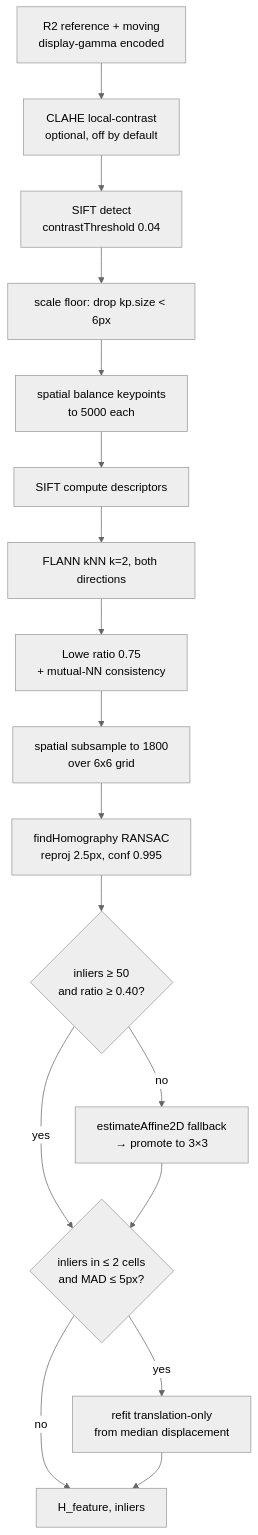
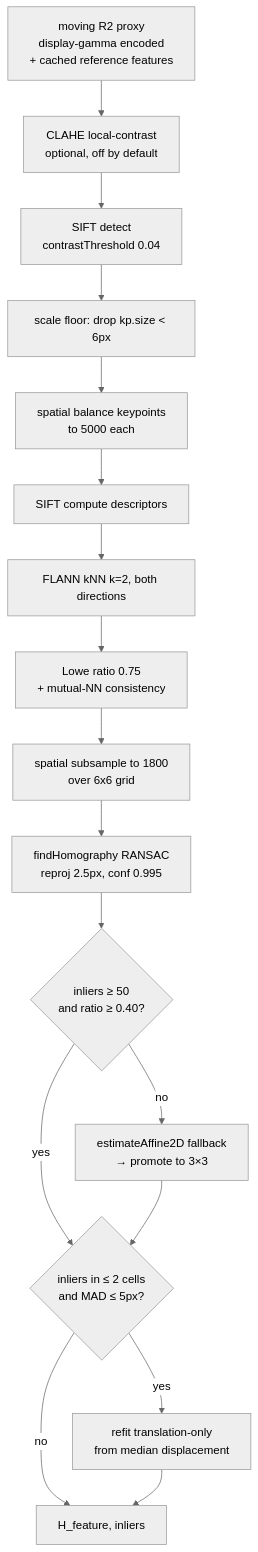
Before and after one commit to darktable-org/darktable: the fourth of 6 diagrams in dev-doc/HDR_Alignment_Design.md, drawn with Mermaid (neutral theme). The commit also changed other lines of this file and 6 other files, not shown here.

````diff
--- a/dev-doc/HDR_Alignment_Design.md
+++ b/dev-doc/HDR_Alignment_Design.md
@@ -225,19 +236,19 @@
 ```mermaid
 flowchart TD
-    A[R2 reference + moving<br/>display-gamma encoded] --> A2[CLAHE local-contrast<br/>optional, off by default]
+    A[moving R2 proxy<br/>display-gamma encoded<br/>+ cached reference features] --> A2[CLAHE local-contrast<br/>optional, off by default]
     A2 --> B[SIFT detect<br/>contrastThreshold 0.04]
     B --> C[scale floor: drop kp.size < 6px]
     C --> C2[spatial balance keypoints<br/>to 5000 each]
     C2 --> D[SIFT compute descriptors]
     D --> E[FLANN kNN k=2, both directions]
     E --> F[Lowe ratio 0.75<br/>+ mutual-NN consistency]
     F --> G[spatial subsample to 1800<br/>over 6x6 grid]
     G --> H[findHomography RANSAC<br/>reproj 2.5px, conf 0.995]
     H --> I{inliers ≥ 50<br/>and ratio ≥ 0.40?}
     I -- no --> J[estimateAffine2D fallback<br/>→ promote to 3×3]
     I -- yes --> L
     J --> L{inliers in ≤ 2 cells<br/>and MAD ≤ 5px?}
     L -- yes --> M[refit translation-only<br/>from median displacement]
     L -- no --> K[H_feature, inliers]
     M --> K
 ```
````
